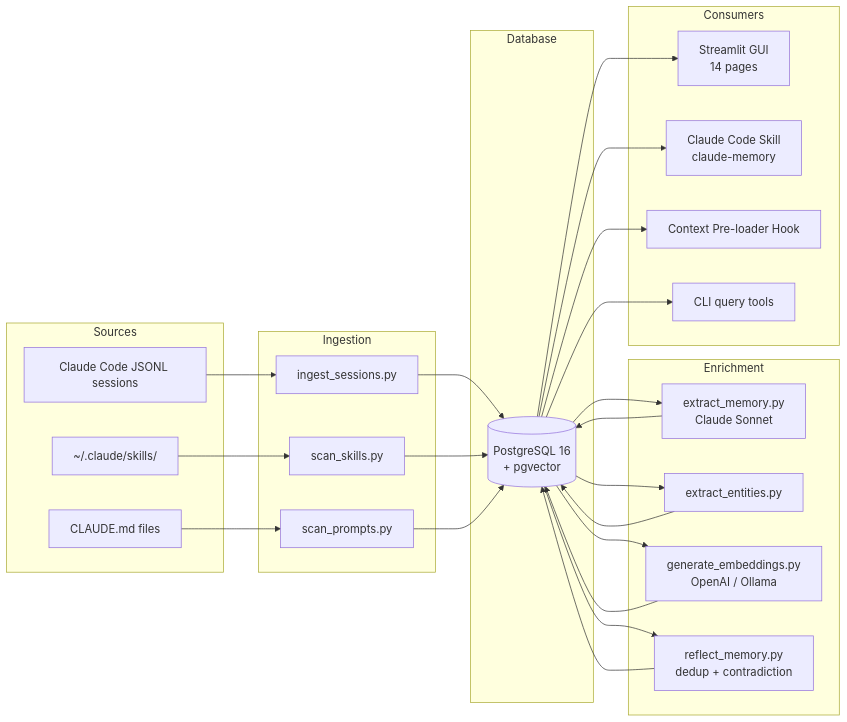
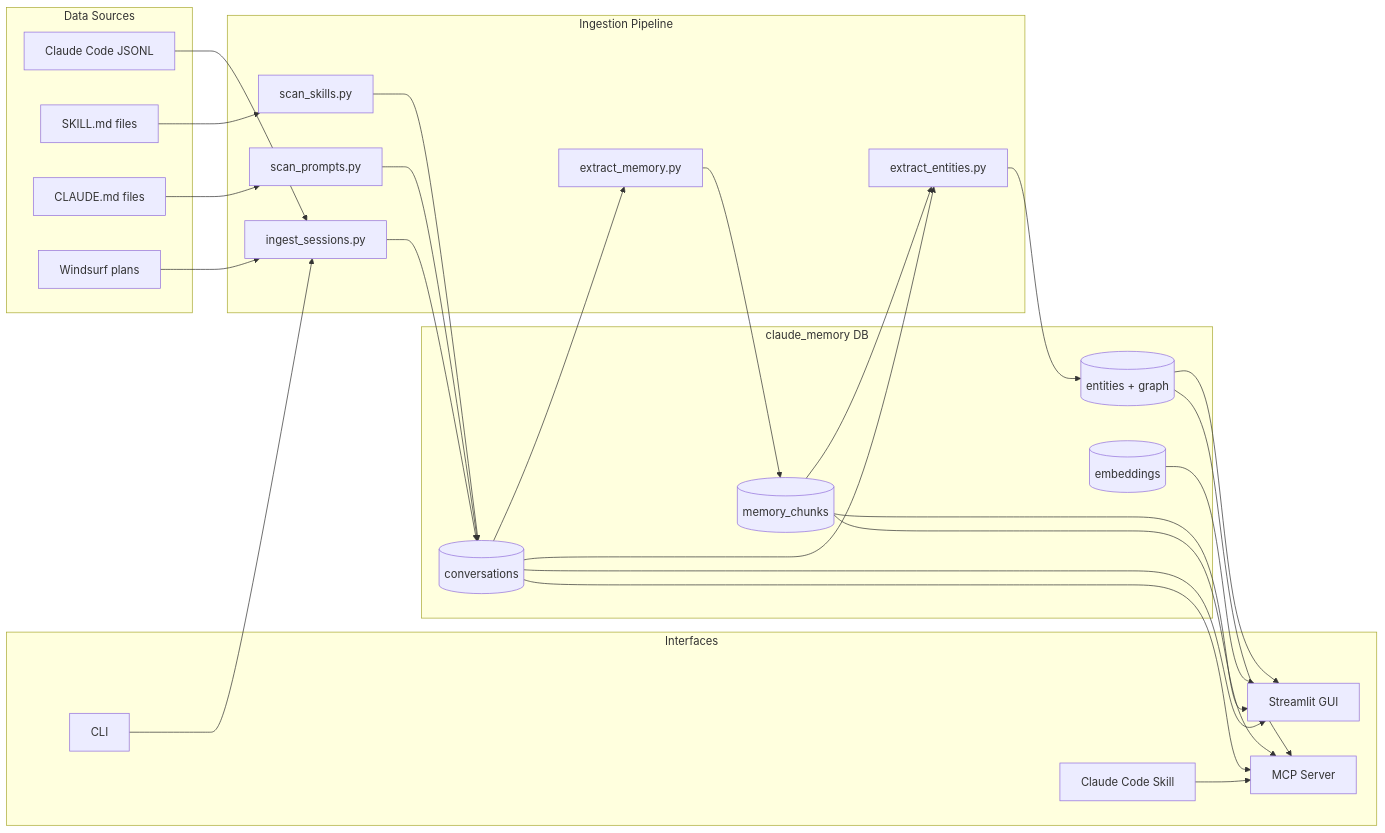
One commit to mkupermann/throughline changed the first of 2 diagrams in README.md. Above: the diagram before and after it, drawn with Mermaid. The commit also changed other lines of this file and 50 other files, not shown here.

First line of the commit message:
v0.1.0 — MCP server, Python package, Linux support, benchmarks, landing

````diff
--- a/README.md
+++ b/README.md
@@ -171,44 +263,48 @@
 ```mermaid
 flowchart LR
-    subgraph Sources
-        A[Claude Code JSONL sessions]
-        B[~/.claude/skills/]
-        C[CLAUDE.md files]
+    subgraph sources["Data Sources"]
+        S1[Claude Code JSONL]
+        S2[SKILL.md files]
+        S3[CLAUDE.md files]
+        S4[Windsurf plans]
+    end
+    subgraph pipeline["Ingestion Pipeline"]
+        I1[ingest_sessions.py]
+        I2[scan_skills.py]
+        I3[scan_prompts.py]
+        I4[extract_memory.py]
+        I5[extract_entities.py]
+    end
+    subgraph db["claude_memory DB"]
+        T1[(conversations)]
+        T2[(memory_chunks)]
+        T3[(entities + graph)]
+        T4[(embeddings)]
+    end
+    subgraph interfaces["Interfaces"]
+        U1[Streamlit GUI]
+        U2[MCP Server]
+        U3[Claude Code Skill]
+        U4[CLI]
     end
 
-    subgraph Ingestion
-        D[ingest_sessions.py]
-        E[scan_skills.py]
-        F[scan_prompts.py]
-    end
+    S1 --> I1 --> T1
+    S2 --> I2 --> T1
+    S3 --> I3 --> T1
+    S4 --> I1
+    T1 --> I4 --> T2
+    T1 --> I5 --> T3
+    T2 --> I5
 
-    subgraph Database
-        G[(PostgreSQL 16<br/>+ pgvector)]
-    end
+    T1 --> U1
+    T2 --> U1
+    T3 --> U1
+    T4 --> U1
 
-    subgraph Enrichment
-        H[extract_memory.py<br/>Claude Sonnet]
-        I[extract_entities.py]
-        J[generate_embeddings.py<br/>OpenAI / Ollama]
-        K[reflect_memory.py<br/>dedup + contradiction]
-    end
+    T1 --> U2
+    T2 --> U2
+    T3 --> U2
 
-    subgraph Consumers
-        L[Streamlit GUI<br/>14 pages]
-        M[Claude Code Skill<br/>claude-memory]
-        N[Context Pre-loader Hook]
-        O[CLI query tools]
-    end
-
-    A --> D --> G
-    B --> E --> G
-    C --> F --> G
-    G --> H --> G
-    G --> I --> G
-    G --> J --> G
-    G --> K --> G
-    G --> L
-    G --> M
-    G --> N
-    G --> O
+    U3 --> U2
+    U4 --> I1
 ```
````
